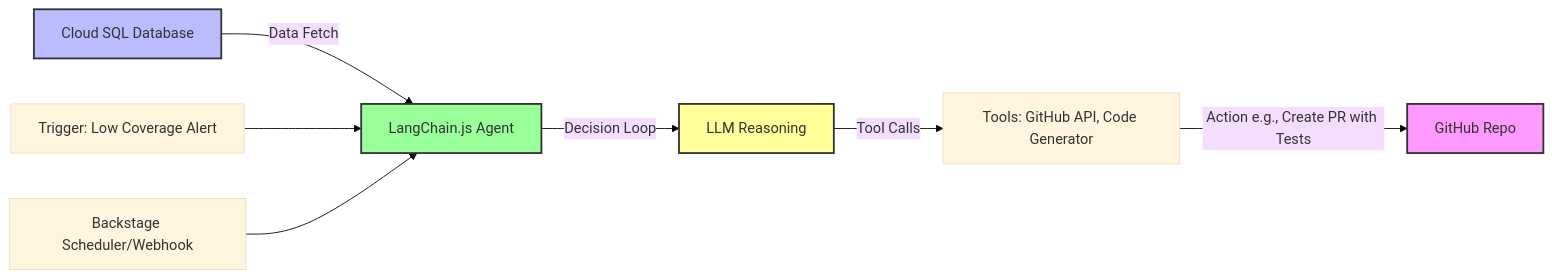
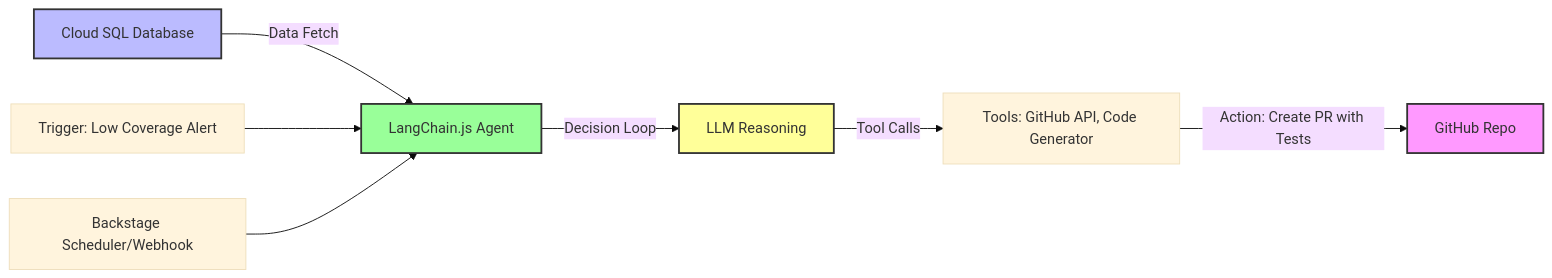
Before and after one commit to luis-cognizant/backstage-guide: the second of 2 diagrams in docs/llm_integrations.md, drawn with Mermaid (base theme). The commit also changed other lines of this file and 3 other files, not shown here.

Commit message:
Fixed mermaid issues

````diff
--- a/docs/llm_integrations.md
+++ b/docs/llm_integrations.md
@@ -52,13 +52,13 @@
 ```mermaid
 flowchart LR
     A[Cloud SQL Database] -->|Data Fetch| B[LangChain.js Agent]
     B -->|Decision Loop| C[LLM Reasoning]
     C -->|Tool Calls| D[Tools: GitHub API, Code Generator]
-    D -->|Action e.g., Create PR with Tests| E[GitHub Repo]
+    D -->|Action: Create PR with Tests| E[GitHub Repo]
     F[Trigger: Low Coverage Alert] --> B
     G[Backstage Scheduler/Webhook] --> B
     style A fill:#bbf,stroke:#333,stroke-width:2px
     style C fill:#ff9,stroke:#333,stroke-width:2px
     style B fill:#9f9,stroke:#333,stroke-width:2px
     style E fill:#f9f,stroke:#333,stroke-width:2px
 ```
````
